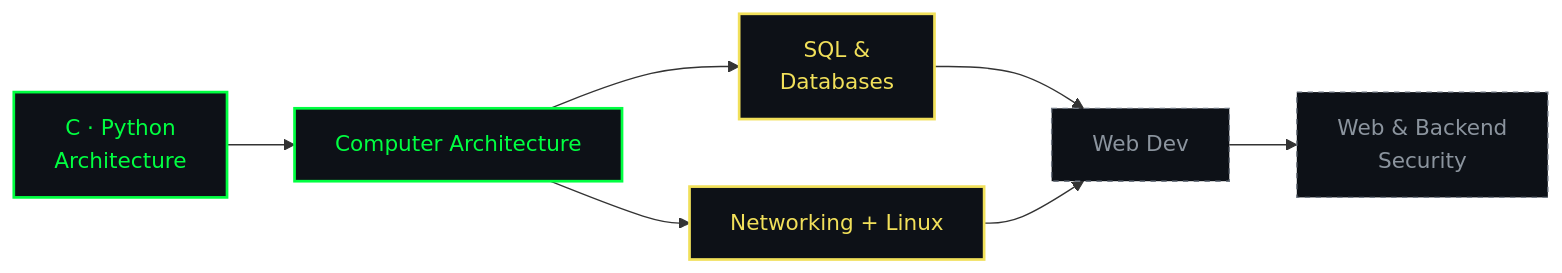
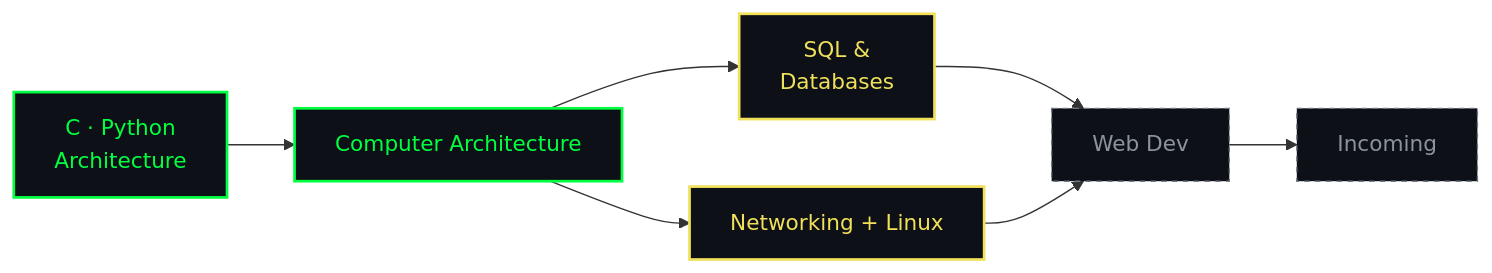
One commit to Y0kina/Y0kina changed the diagram in README.md. Above: the diagram before and after it, drawn with Mermaid.

````diff
--- a/README.md
+++ b/README.md
@@ -106,16 +106,16 @@
 ```mermaid
 flowchart LR
   A["C · Python<br/>Architecture"] --> B["Computer Architecture"]
   B --> C["SQL &<br/>Databases"]
   B --> D[" Networking + Linux"]
   C --> E["Web Dev"]
   D --> E
-  E --> F["Web & Backend<br/>Security"]
+  E --> F["Incoming"]
 
   classDef done fill:#0D1117,stroke:#00FF41,color:#00FF41,stroke-width:2px;
   classDef wip fill:#0D1117,stroke:#F1E05A,color:#F1E05A,stroke-width:2px;
   classDef next fill:#0D1117,stroke:#6E7681,color:#8B949E,stroke-dasharray:4 4;
   class A,B done;
   class C,D wip;
   class E,F next;
 ```
````
